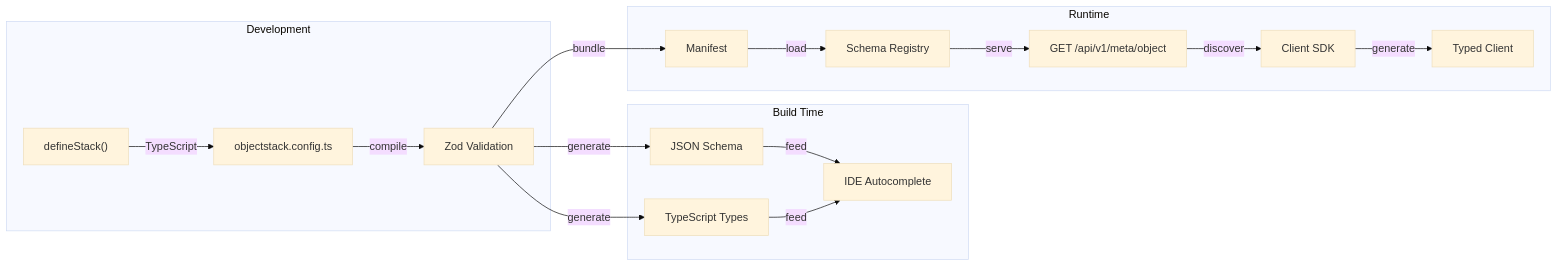
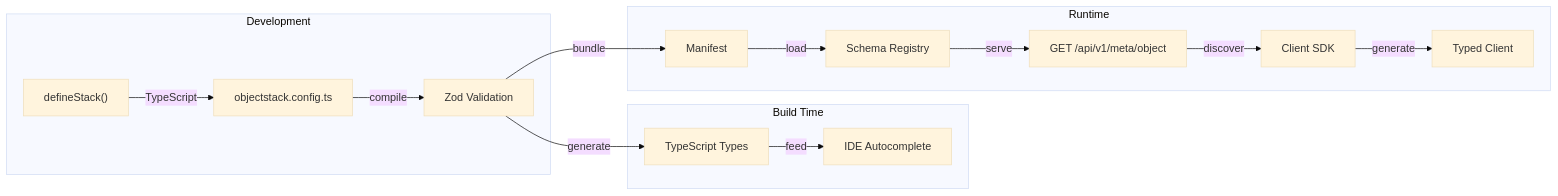
The fourth of 7 diagrams in content/docs/api/data-flow.mdx (akarma-synetal/framework), drawn with Mermaid (base theme) before and after one commit. The commit also changed other lines of this file and 7 other files, not shown here.

First line of the commit message:
fix(cli)!: retire `os generate schema` — it refuses, and points at `os validate` and the published per-type schemas (#19098) (#20266)

````diff
--- a/content/docs/api/data-flow.mdx
+++ b/content/docs/api/data-flow.mdx
@@ -176,22 +176,20 @@
 ```mermaid
 flowchart LR
     subgraph "Development"
         A["defineStack()"] -->|"TypeScript"| B[objectstack.config.ts]
         B -->|"compile"| C[Zod Validation]
     end
 
     subgraph "Build Time"
-        C -->|"generate"| D[JSON Schema]
         C -->|"generate"| E[TypeScript Types]
-        D -->|"feed"| F[IDE Autocomplete]
-        E -->|"feed"| F
+        E -->|"feed"| F[IDE Autocomplete]
     end
 
     subgraph "Runtime"
         C -->|"bundle"| G[Manifest]
         G -->|"load"| H[Schema Registry]
         H -->|"serve"| I["GET /api/v1/meta/object"]
         I -->|"discover"| J[Client SDK]
         J -->|"generate"| K[Typed Client]
     end
 ```
````
